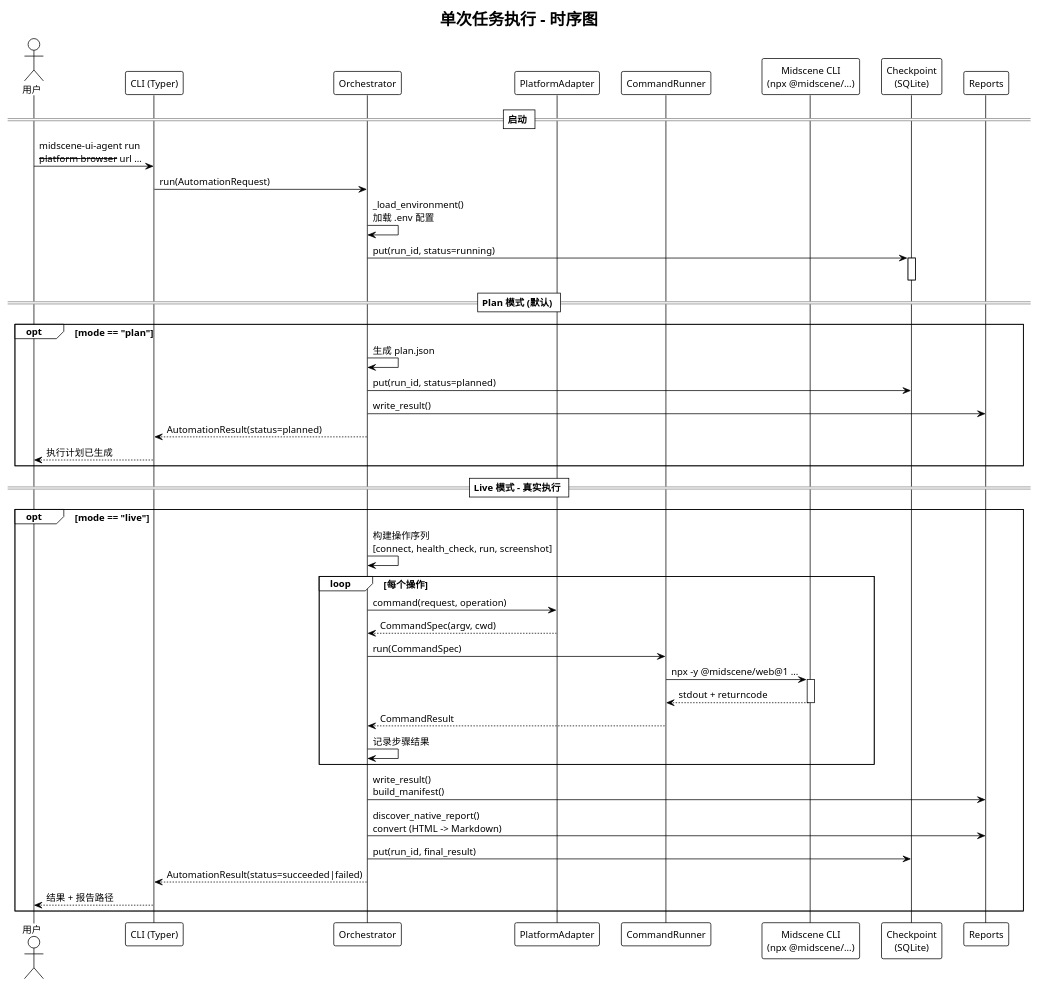
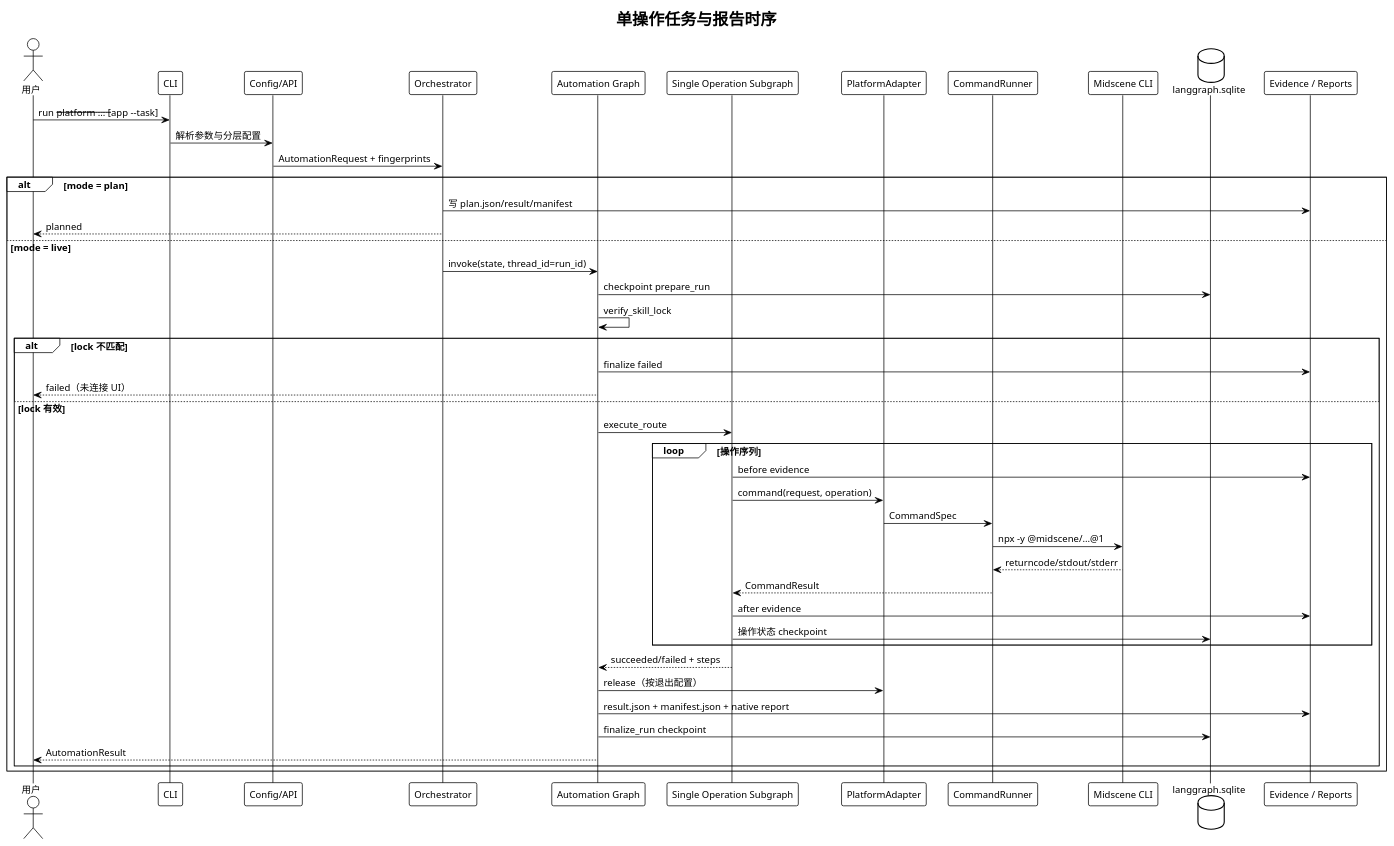
Before and after one commit to Zachary28/ui-agent: the diagram in docs/diagrams/02-single-task.puml, drawn with PlantUML. The commit also changed 108 other files, not shown here.

```diff
--- a/docs/diagrams/02-single-task.puml
+++ b/docs/diagrams/02-single-task.puml
@@ -1,59 +1,51 @@
 @startuml
 !theme plain
 skinparam defaultFontSize 13
+title 单操作任务与报告时序
 
-title 单次任务执行 - 时序图
+actor 用户
+participant CLI
+participant "Config/API" as API
+participant Orchestrator as ORCH
+participant "Automation Graph" as MAIN
+participant "Single Operation Subgraph" as SINGLE
+participant PlatformAdapter as ADAPTER
+participant CommandRunner as RUNNER
+participant "Midscene CLI" as MIDSCENE
+database "langgraph.sqlite" as DB
+participant "Evidence / Reports" as REPORT
 
-actor "用户" as user
-participant "CLI (Typer)" as cli
-participant "Orchestrator" as orch
-participant "PlatformAdapter" as adapter
-participant "CommandRunner" as runner
-participant "Midscene CLI\n(npx @midscene/...)" as midscene
-participant "Checkpoint\n(SQLite)" as ckpt
-participant "Reports" as reports
+用户 -> CLI : run --platform ... [--app --task]
+CLI -> API : 解析参数与分层配置
+API -> ORCH : AutomationRequest + fingerprints
 
-== 启动 ==
-user -> cli : midscene-ui-agent run\n--platform browser --url ...
-cli -> orch : run(AutomationRequest)
-orch -> orch : _load_environment()\n加载 .env 配置
-
-orch -> ckpt : put(run_id, status=running)
-activate ckpt
-deactivate ckpt
-
-== Plan 模式 (默认) ==
-opt mode == "plan"
-  orch -> orch : 生成 plan.json
-  orch -> ckpt : put(run_id, status=planned)
-  orch -> reports : write_result()
-  orch --> cli : AutomationResult(status=planned)
-  deactivate orch
-  cli --> user : 执行计划已生成
+alt mode = plan
+  ORCH -> REPORT : 写 plan.json/result/manifest
+  ORCH --> 用户 : planned
+else mode = live
+  ORCH -> MAIN : invoke(state, thread_id=run_id)
+  MAIN -> DB : checkpoint prepare_run
+  MAIN -> MAIN : verify_skill_lock
+  alt lock 不匹配
+    MAIN -> REPORT : finalize failed
+    MAIN --> 用户 : failed（未连接 UI）
+  else lock 有效
+    MAIN -> SINGLE : execute_route
+    loop 操作序列
+      SINGLE -> REPORT : before evidence
+      SINGLE -> ADAPTER : command(request, operation)
+      ADAPTER -> RUNNER : CommandSpec
+      RUNNER -> MIDSCENE : npx -y @midscene/...@1
+      MIDSCENE --> RUNNER : returncode/stdout/stderr
+      RUNNER --> SINGLE : CommandResult
+      SINGLE -> REPORT : after evidence
+      SINGLE -> DB : 操作状态 checkpoint
+    end
+    SINGLE --> MAIN : succeeded/failed + steps
+    MAIN -> ADAPTER : release（按退出配置）
+    MAIN -> REPORT : result.json + manifest.json + native report
+    MAIN -> DB : finalize_run checkpoint
+    MAIN --> 用户 : AutomationResult
+  end
 end
-
-== Live 模式 - 真实执行 ==
-opt mode == "live"
-  orch -> orch : 构建操作序列\n[connect, health_check, run, screenshot]
-  
-  loop 每个操作
-    orch -> adapter : command(request, operation)
-    adapter --> orch : CommandSpec(argv, cwd)
-    orch -> runner : run(CommandSpec)
-    runner -> midscene : npx -y @midscene/web@1 ...
-    activate midscene
-    midscene --> runner : stdout + returncode
-    deactivate midscene
-    runner --> orch : CommandResult
-    orch -> orch : 记录步骤结果
-  end
-
-  orch -> reports : write_result()\nbuild_manifest()
-  orch -> reports : discover_native_report()\nconvert (HTML -> Markdown)
-  orch -> ckpt : put(run_id, final_result)
-  orch --> cli : AutomationResult(status=succeeded|failed)
-  deactivate orch
-  cli --> user : 结果 + 报告路径
-end
-
 @enduml
```
